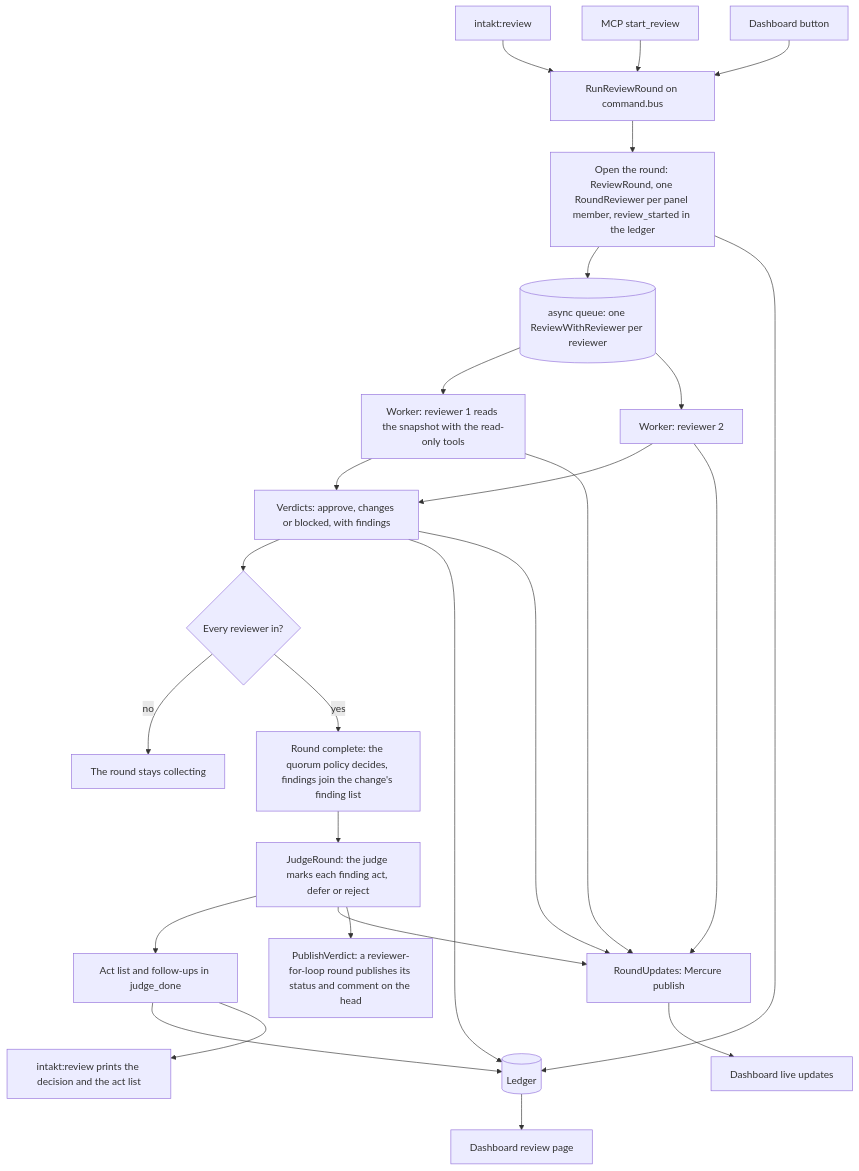
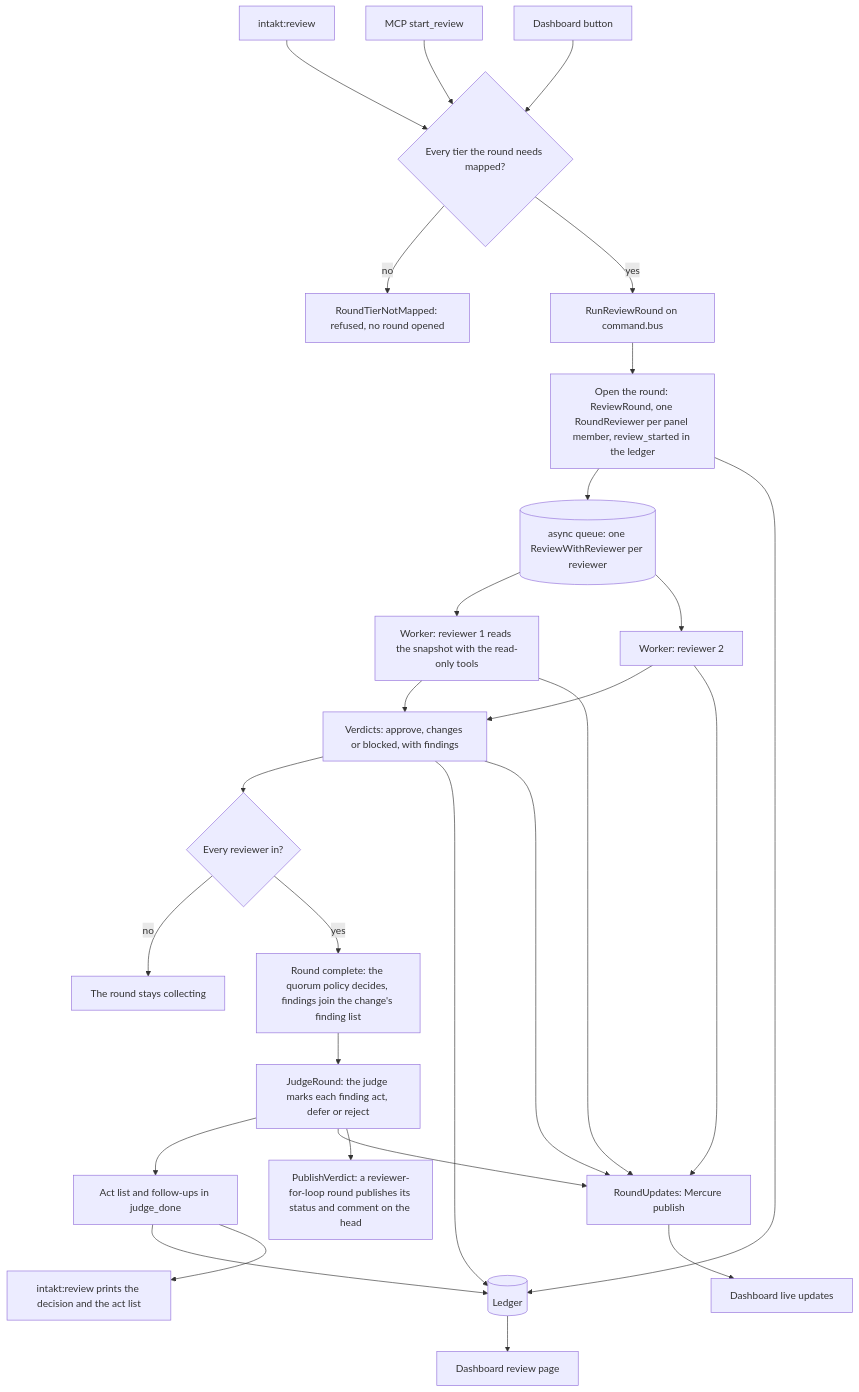
One commit to shinyredapples/intakt changed the diagram in docs/architecture/review-flow.md. Above: the diagram before and after it, drawn with Mermaid. The commit also changed other lines of this file and 2 other files, not shown here.

Commit message:
docs(review): describe the tier check that refuses a round before it starts

````diff
--- a/docs/architecture/review-flow.md
+++ b/docs/architecture/review-flow.md
@@ -5,28 +5,29 @@
 ```mermaid
 flowchart TD
     cli["intakt:review"] --> start
     mcp["MCP start_review"] --> start
     btn["Dashboard button"] --> start
-    start["RunReviewRound on command.bus"] --> open["Open the round: ReviewRound, one RoundReviewer per panel member, review_started in the ledger"]
+    start{"Every tier the round needs mapped?"} -->|no| refused["RoundTierNotMapped: refused, no round opened"]
+    start -->|yes| run["RunReviewRound on command.bus"] --> open["Open the round: ReviewRound, one RoundReviewer per panel member, review_started in the ledger"]
     open --> queue[("async queue: one ReviewWithReviewer per reviewer")]
     queue --> w1["Worker: reviewer 1 reads the snapshot with the read-only tools"]
     queue --> w2["Worker: reviewer 2"]
     w1 --> verdicts["Verdicts: approve, changes or blocked, with findings"]
     w2 --> verdicts
     verdicts --> complete{"Every reviewer in?"}
     complete -->|no| wait["The round stays collecting"]
     complete -->|yes| quorum["Round complete: the quorum policy decides, findings join the change's finding list"]
     quorum --> judge["JudgeRound: the judge marks each finding act, defer or reject"]
     judge --> act["Act list and follow-ups in judge_done"]
     act --> ledger[("Ledger")]
     open --> ledger
     verdicts --> ledger
     ledger --> dash["Dashboard review page"]
     w1 --> updates["RoundUpdates: Mercure publish"]
     w2 --> updates
     verdicts --> updates
     judge --> updates
     updates --> live["Dashboard live updates"]
     act --> out["intakt:review prints the decision and the act list"]
     judge --> publish["PublishVerdict: a reviewer-for-loop round publishes its status and comment on the head"]
 ```
````
